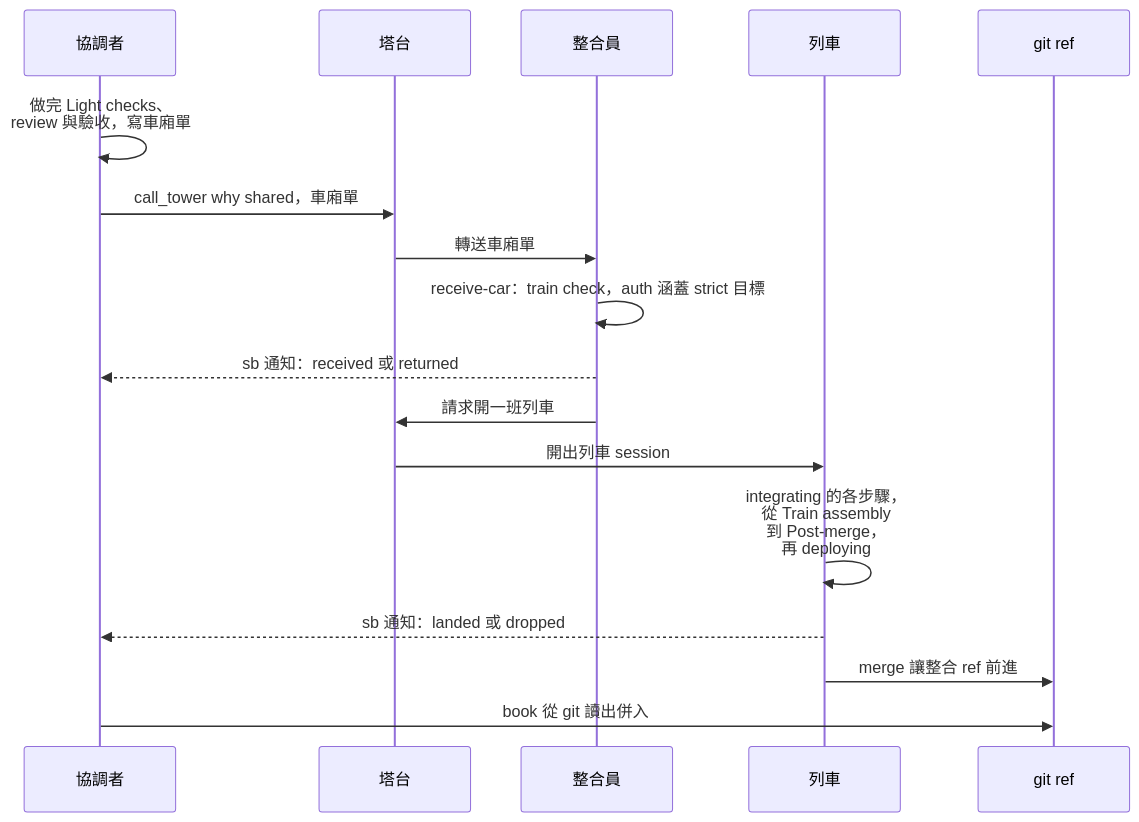
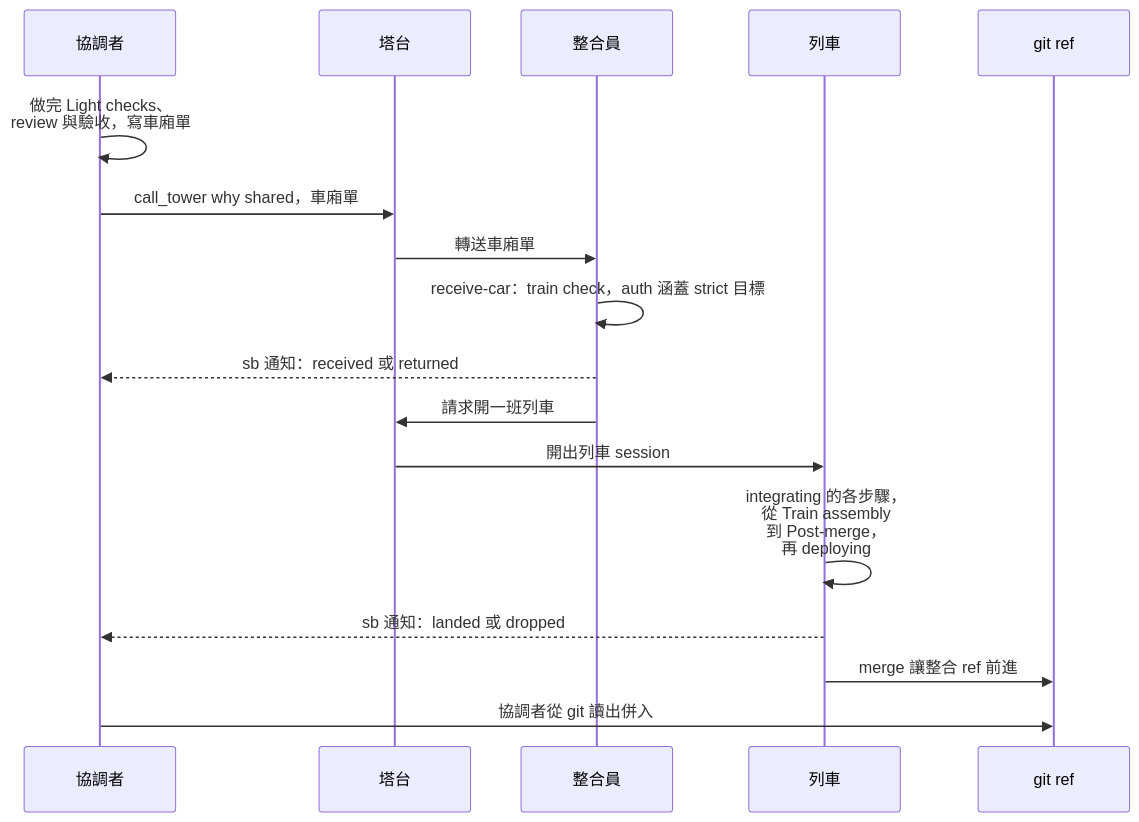
The second of 2 diagrams in site/src/content/docs/zh-tw/guide/with-straw-boss.md (wayne930242/anchorloop), drawn with Mermaid before and after one commit. The commit also changed other lines of this file and 250 other files, not shown here.

````diff
--- a/site/src/content/docs/zh-tw/guide/with-straw-boss.md
+++ b/site/src/content/docs/zh-tw/guide/with-straw-boss.md
@@ -71,19 +66,19 @@
 ```mermaid
 sequenceDiagram
   participant C as 協調者
   participant T as 塔台
   participant I as 整合員
   participant R as 列車
   participant G as git ref
   C->>C: 做完 Light checks、<br/>review 與驗收，寫車廂單
   C->>T: call_tower why shared，車廂單
   T->>I: 轉送車廂單
   I->>I: receive-car：train check，auth 涵蓋 strict 目標
   I-->>C: sb 通知：received 或 returned
   I->>T: 請求開一班列車
   T->>R: 開出列車 session
   R->>R: integrating 的各步驟，<br/>從 Train assembly<br/>到 Post-merge，<br/>再 deploying
   R-->>C: sb 通知：landed 或 dropped
   R->>G: merge 讓整合 ref 前進
-  C->>G: book 從 git 讀出併入
+  C->>G: 協調者從 git 讀出併入
 ```
````
